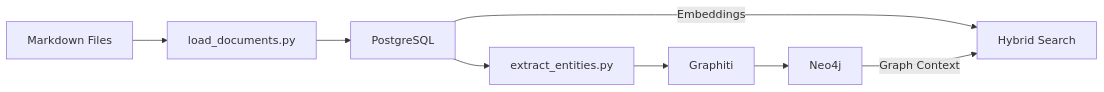
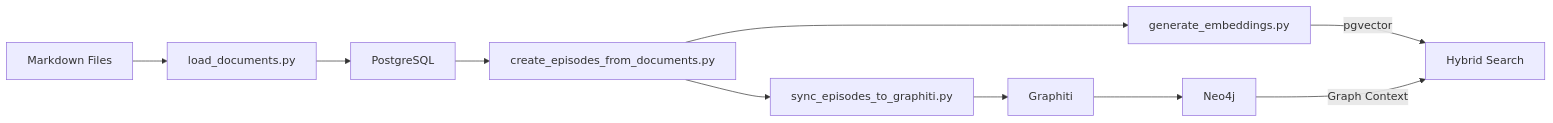
Before and after one commit to LuminariMUD/sage: the diagram in docs/reference/SCHEMAS.md, drawn with Mermaid. The commit also changed 98 other files, not shown here.

````diff
--- a/docs/reference/SCHEMAS.md
+++ b/docs/reference/SCHEMAS.md
@@ -49,10 +49,12 @@
 ```mermaid
 graph LR
     MD[Markdown Files] --> LOAD[load_documents.py]
     LOAD --> PG[PostgreSQL]
-    PG --> EXTRACT[extract_entities.py]
+    PG --> EPISODES[create_episodes_from_documents.py]
+    EPISODES --> EMBED[generate_embeddings.py]
+    EPISODES --> EXTRACT[sync_episodes_to_graphiti.py]
     EXTRACT --> GRAPHITI[Graphiti]
     GRAPHITI --> N4J[Neo4j]
-    PG --> |Embeddings| SEARCH[Hybrid Search]
+    EMBED --> |pgvector| SEARCH[Hybrid Search]
     N4J --> |Graph Context| SEARCH
 ```
````
